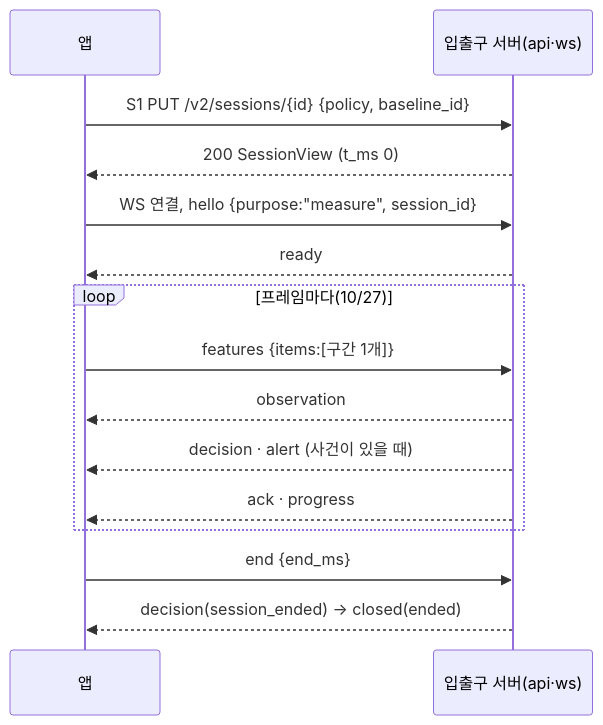
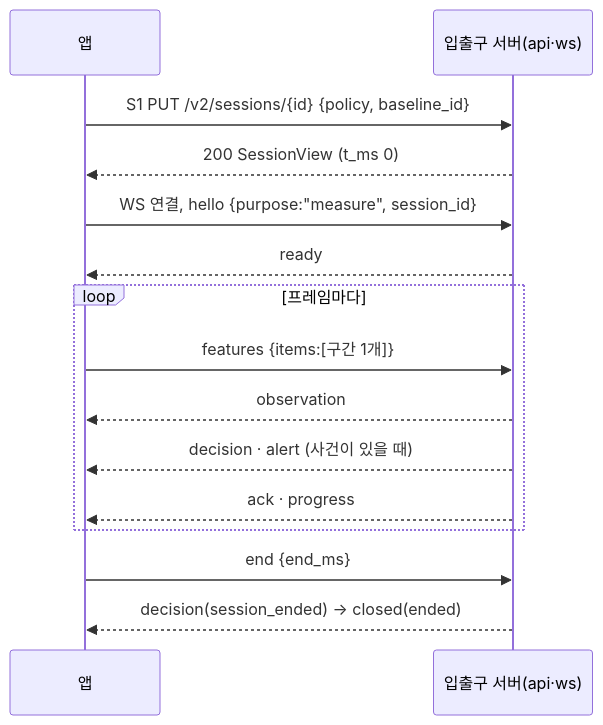
Before and after one commit to Jeon-Seho/sitting-posture-corrector: the diagram in docs/design/fe/api-ws-spec.md, drawn with Mermaid. The commit also changed other lines of this file and 2 other files, not shown here.

````diff
--- a/docs/design/fe/api-ws-spec.md
+++ b/docs/design/fe/api-ws-spec.md
@@ -276,17 +267,17 @@
 ```mermaid
 sequenceDiagram
   participant A as 앱
   participant S as 입출구 서버(api·ws)
   A->>S: S1 PUT /v2/sessions/{id} {policy, baseline_id}
   S-->>A: 200 SessionView (t_ms 0)
   A->>S: WS 연결, hello {purpose:"measure", session_id}
   S-->>A: ready
-  loop 프레임마다(10/27)
+  loop 프레임마다
     A->>S: features {items:[구간 1개]}
     S-->>A: observation
     S-->>A: decision · alert (사건이 있을 때)
     S-->>A: ack · progress
   end
   A->>S: end {end_ms}
   S-->>A: decision(session_ended) → closed(ended)
 ```
````
